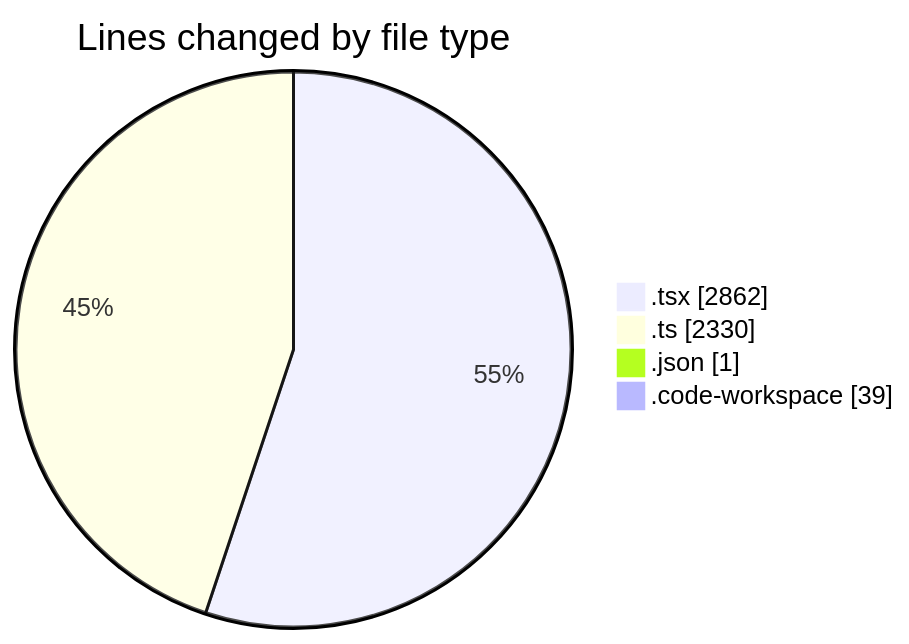
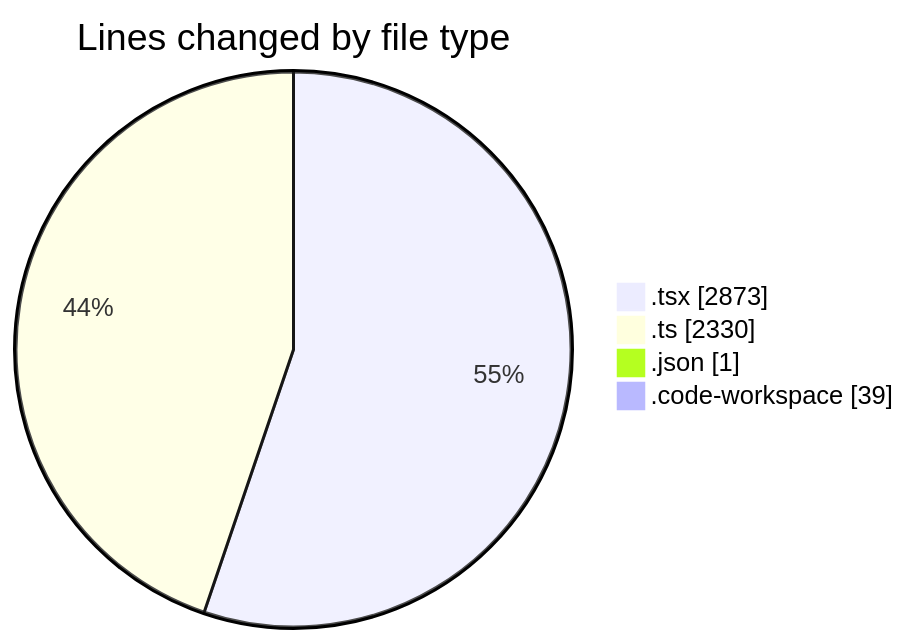
Before and after one commit to julien-gomy/code-tracking: the first of 2 diagrams in 2025-10-08/eventscop-frontend-guide__workspace_/README.md, drawn with Mermaid. The commit also changed other lines of this file and 1 other file, not shown here.

````diff
--- a/2025-10-08/eventscop-frontend-guide__workspace_/README.md
+++ b/2025-10-08/eventscop-frontend-guide__workspace_/README.md
@@ -44,8 +44,8 @@
 ```mermaid
 pie showData
 title Lines changed by file type
-".tsx" : 2862
+".tsx" : 2873
 ".ts" : 2330
 ".json" : 1
 ".code-workspace" : 39
 ```
````
